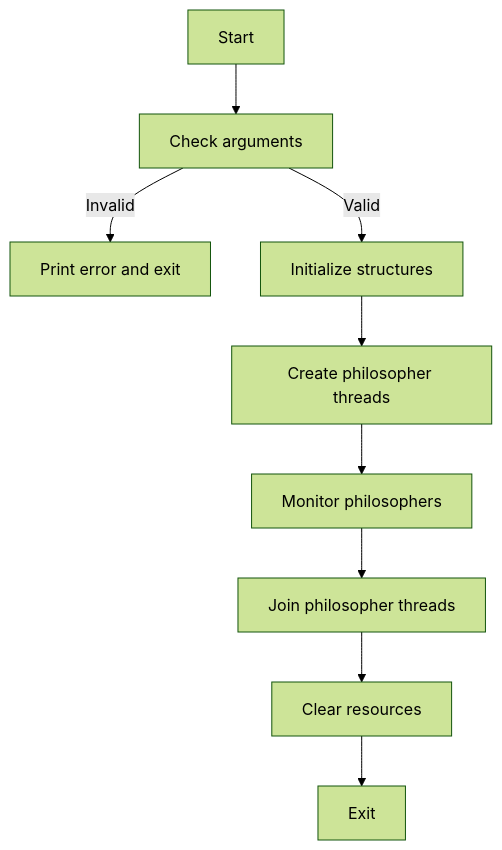
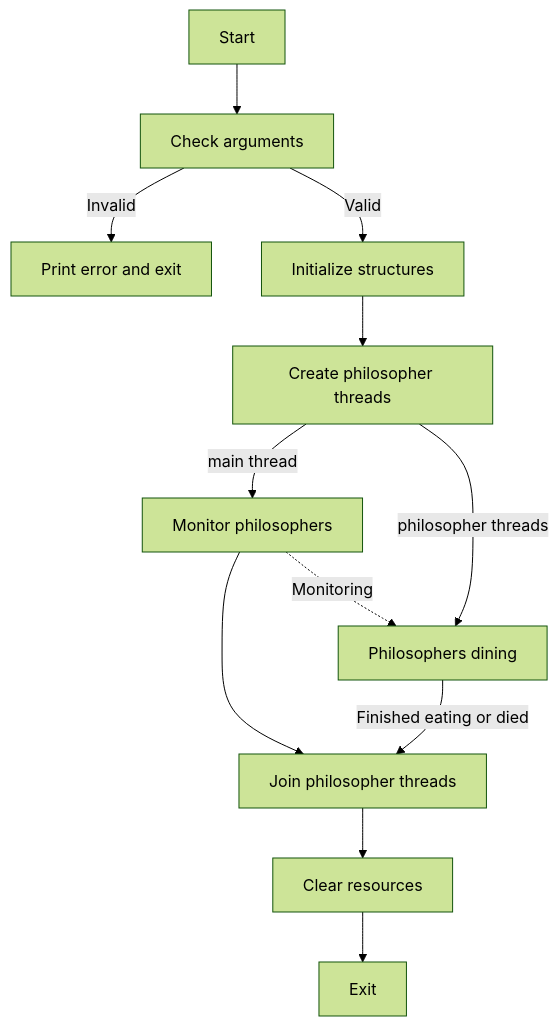
Before and after one commit to nijesmik/Philosophers: the first of 4 diagrams in README.md, drawn with Mermaid (forest theme). The commit also changed other lines of this file, not shown here.

````diff
--- a/README.md
+++ b/README.md
@@ -7,11 +15,14 @@
 ```mermaid
 graph TD
     A[Start] --> B[Check arguments]
     B -->|Invalid| C[Print error and exit]
     B -->|Valid| D[Initialize structures]
     D --> E[Create philosopher threads]
-    E --> F[Monitor philosophers]
+    E -->|main thread| F[Monitor philosophers]
     F --> G[Join philosopher threads]
     G --> H[Clear resources]
     H --> I[Exit]
+	E -->|philosopher threads| J[Philosophers dining]
+	J -->|Finished eating or died| G
+	F -.->|Monitoring| J
 ```
````
